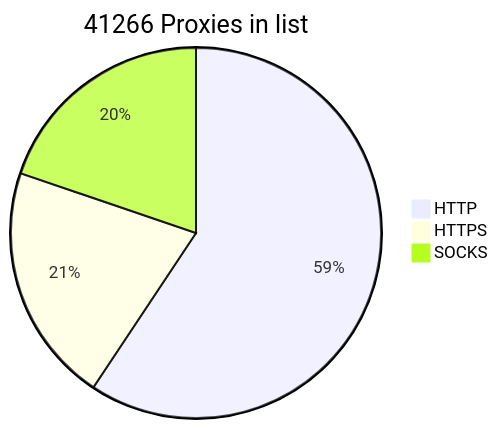
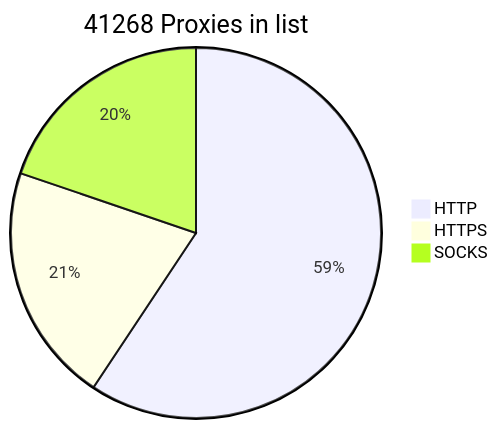
One commit to BlackSnowDot/proxylist-update-every-minute changed the diagram in README.md. Above: the diagram before and after it, drawn with Mermaid.

````diff
--- a/README.md
+++ b/README.md
@@ -2,6 +2,6 @@
 ```mermaid
-pie title 41266 Proxies in list
-    "HTTP" : 28470
-    "HTTPS": 10023
+pie title 41268 Proxies in list
+    "HTTP" : 28469
+    "HTTPS": 10028
     "SOCKS" : 9488
 ```
````
